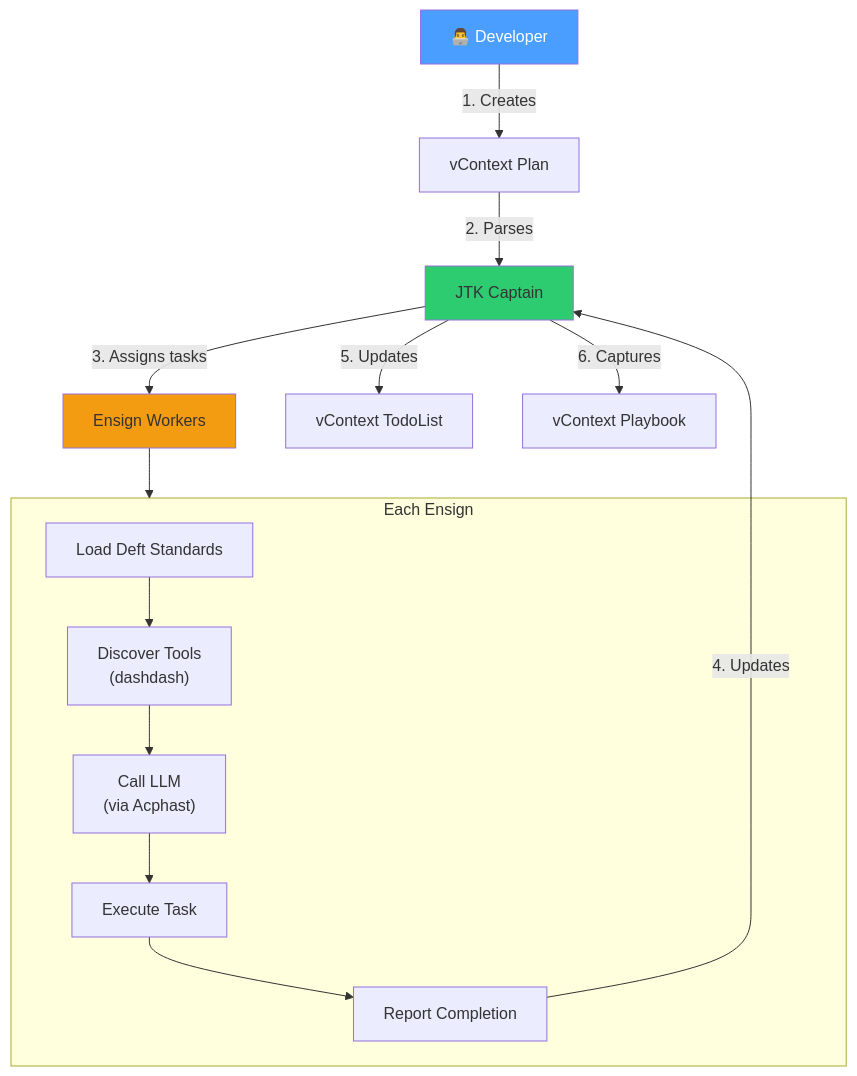
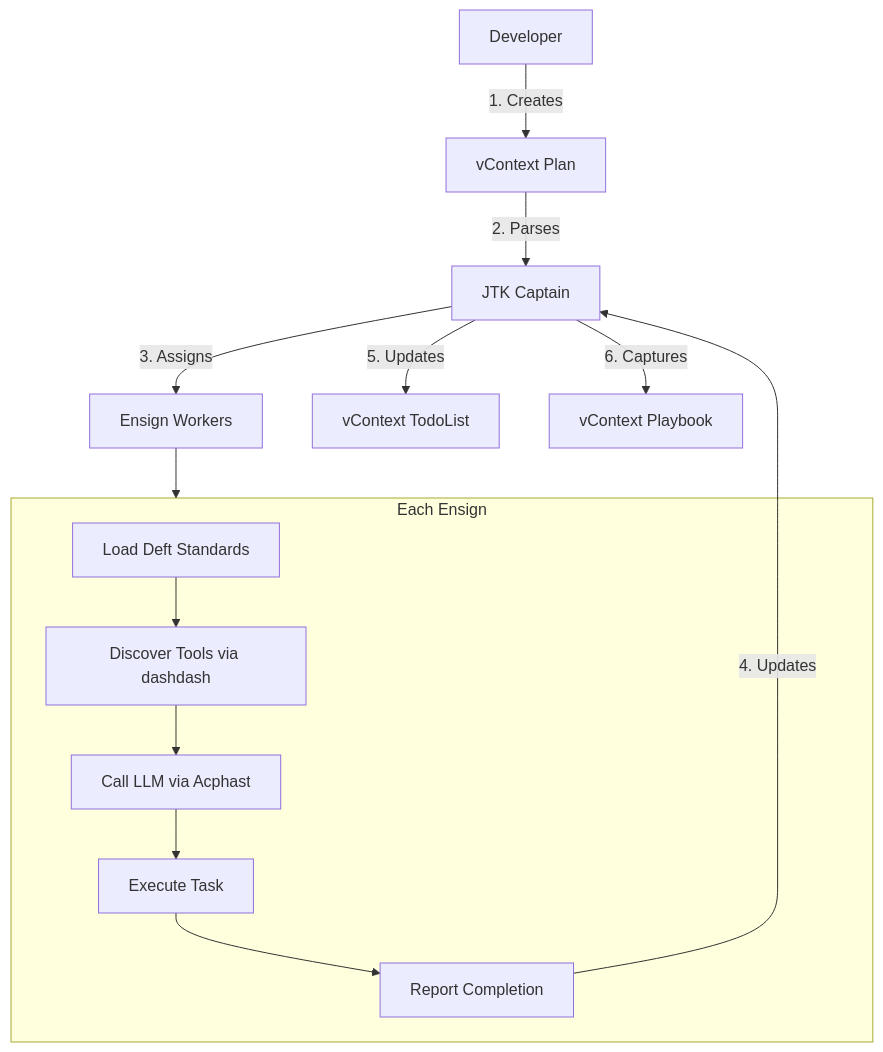
One commit to visionik/acphast changed the seventh of 10 diagrams in docs/VISIONIK-AI-ROADMAP.md. Above: the diagram before and after it, drawn with Mermaid. The commit also changed other lines of this file, not shown here.

Commit message:
Fix Mermaid: remove colors, fix text in boxes

````diff
--- a/docs/VISIONIK-AI-ROADMAP.md
+++ b/docs/VISIONIK-AI-ROADMAP.md
@@ -257,26 +230,22 @@
 ```mermaid
 flowchart TB
-    Dev["👨‍💻 Developer"] --> |"1. Creates"| Plan["vContext Plan"]
+    Dev["Developer"] --> |"1. Creates"| Plan["vContext Plan"]
     Plan --> |"2. Parses"| Captain["JTK Captain"]
-    Captain --> |"3. Assigns tasks"| Ensign["Ensign Workers"]
+    Captain --> |"3. Assigns"| Ensign["Ensign Workers"]
     
     subgraph EnsignWork["Each Ensign"]
         LoadDeft["Load Deft Standards"]
-        DiscoverTools["Discover Tools\n(dashdash)"]
-        CallLLM["Call LLM\n(via Acphast)"]
+        DiscoverTools["Discover Tools via dashdash"]
+        CallLLM["Call LLM via Acphast"]
         Execute["Execute Task"]
         Report["Report Completion"]
         
         LoadDeft --> DiscoverTools --> CallLLM --> Execute --> Report
     end
     
     Ensign --> EnsignWork
     
     Report --> |"4. Updates"| Captain
     Captain --> |"5. Updates"| TodoList["vContext TodoList"]
-    Captain --> |"6. Captures"| Playbook["vContext Playbook"]
-    
-    style Dev fill:#4a9eff,color:#fff
-    style Captain fill:#2ecc71
-    style Ensign fill:#f39c12
+    Captain --> |"6. Captures"| PlaybookOut["vContext Playbook"]
 ```
````
